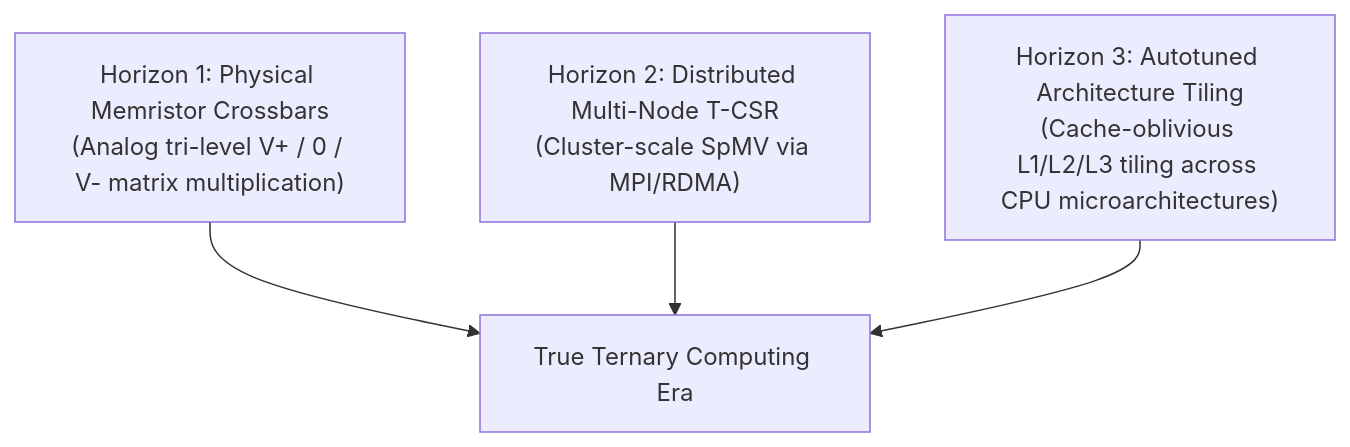
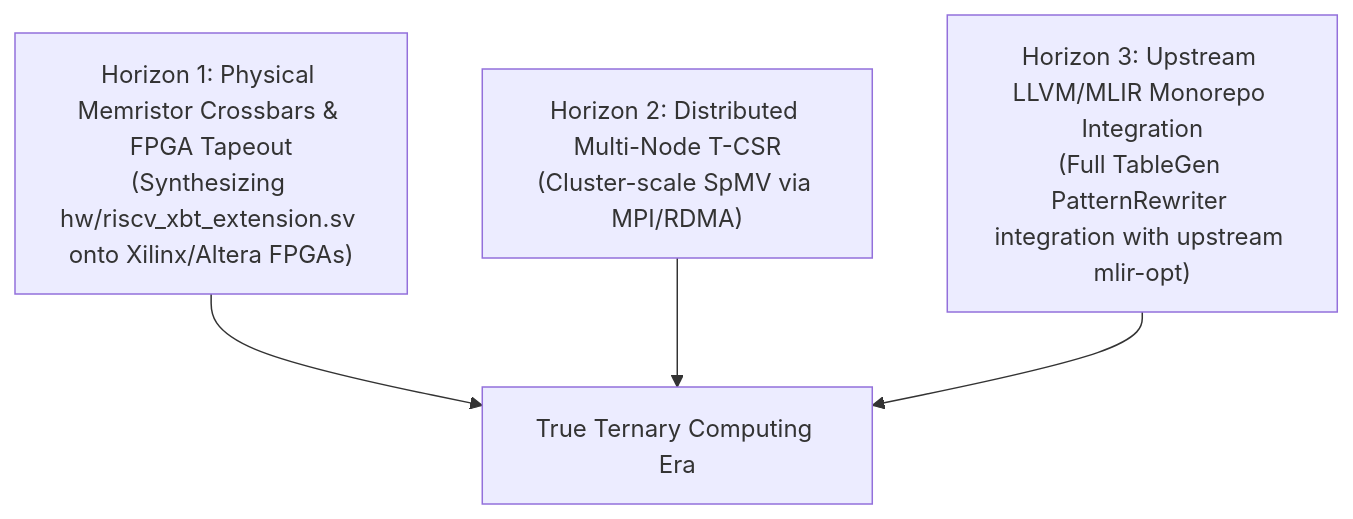
One commit to Ojas-Arya-OPEN-FOUNDATION/Trium-XBT-compiler changed diagram 22 of 22 in NEXT_GEN_FOUNDATION_COMPILER_COMPLETE_GUIDE.md. Above: the diagram before and after it, drawn with Mermaid. The commit also changed other lines of this file and 23 other files, not shown here.

Commit message:
feat(v2): O(1) BT-FP32 (264x speedup), 6-stage Kogge-Stone adder, Block Base-243, @import & SSA intrinsics, CacheAutotuner, and RISC-V Xbt SystemVerilog RTL

````diff
--- a/NEXT_GEN_FOUNDATION_COMPILER_COMPLETE_GUIDE.md
+++ b/NEXT_GEN_FOUNDATION_COMPILER_COMPLETE_GUIDE.md
@@ -4272,10 +4296,10 @@
 ```mermaid
 flowchart TD
-    H1["Horizon 1: Physical Memristor Crossbars<br/>(Analog tri-level V+ / 0 / V- matrix multiplication)"]
+    H1["Horizon 1: Physical Memristor Crossbars & FPGA Tapeout<br/>(Synthesizing hw/riscv_xbt_extension.sv onto Xilinx/Altera FPGAs)"]
     H2["Horizon 2: Distributed Multi-Node T-CSR<br/>(Cluster-scale SpMV via MPI/RDMA)"]
-    H3["Horizon 3: Autotuned Architecture Tiling<br/>(Cache-oblivious L1/L2/L3 tiling across CPU microarchitectures)"]
+    H3["Horizon 3: Upstream LLVM/MLIR Monorepo Integration<br/>(Full TableGen PatternRewriter integration with upstream mlir-opt)"]
     
     H1 --> NextGen["True Ternary Computing Era"]
     H2 --> NextGen
     H3 --> NextGen
 ```
````
